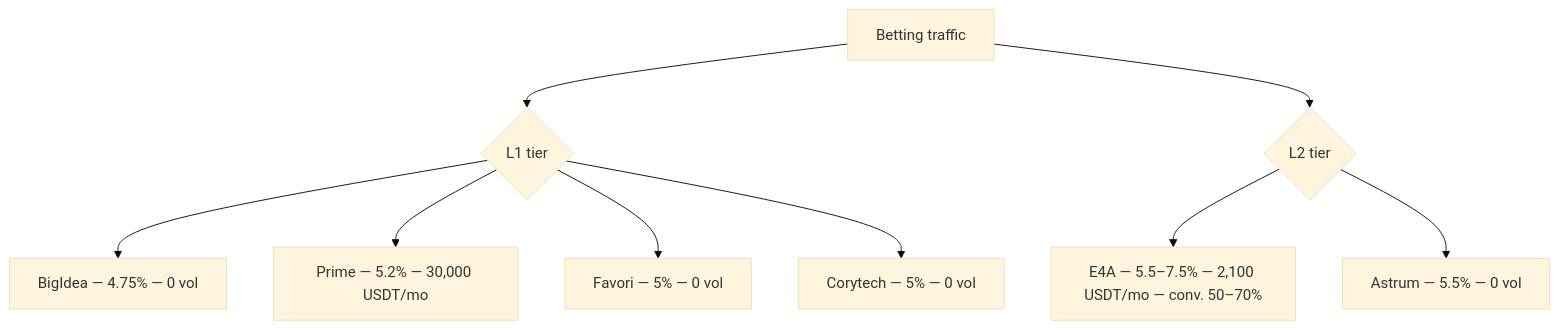
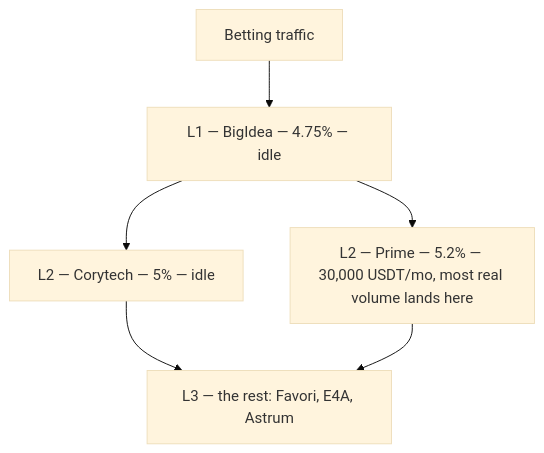
The first of 9 diagrams in docs/payment_cascades.md (JoJ-se/incas-geo-expansion-pack), drawn with Mermaid (base theme) before and after one commit. The commit also changed other lines of this file and 8 other files, not shown here.

````diff
--- a/docs/payment_cascades.md
+++ b/docs/payment_cascades.md
@@ -18,11 +20,8 @@
 ```mermaid
 flowchart TD
-    A[Betting traffic] --> L1{L1 tier}
-    L1 --> BigIdea["BigIdea — 4.75% — 0 vol"]
-    L1 --> Prime["Prime — 5.2% — 30,000 USDT/mo"]
-    L1 --> Favori["Favori — 5% — 0 vol"]
-    L1 --> Corytech["Corytech — 5% — 0 vol"]
-    A --> L2{L2 tier}
-    L2 --> E4A["E4A — 5.5–7.5% — 2,100 USDT/mo — conv. 50–70%"]
-    L2 --> Astrum["Astrum — 5.5% — 0 vol"]
+    A[Betting traffic] --> L1["L1 — BigIdea — 4.75% — idle"]
+    L1 --> L2A["L2 — Corytech — 5% — idle"]
+    L1 --> L2B["L2 — Prime — 5.2% — 30,000 USDT/mo, most real volume lands here"]
+    L2A --> L3["L3 — the rest: Favori, E4A, Astrum"]
+    L2B --> L3
 ```
````
